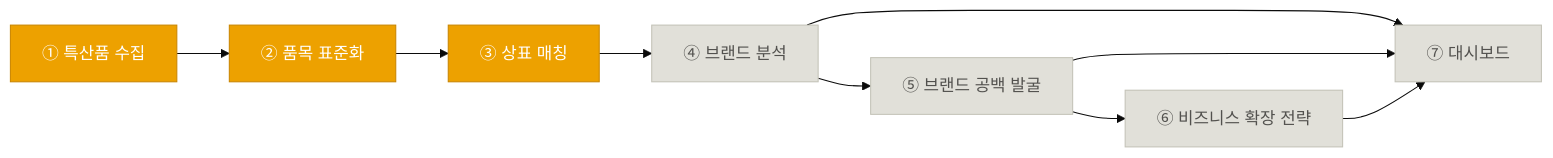
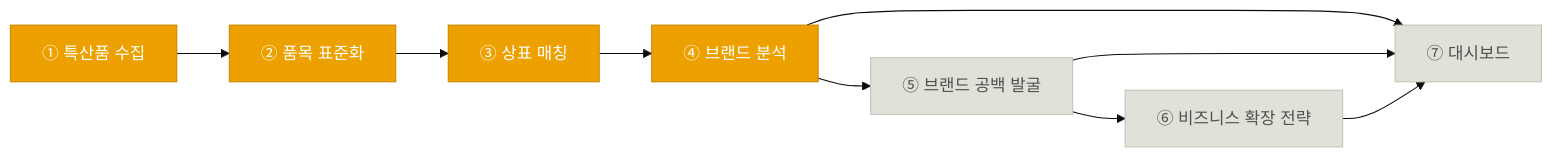
The diagram in README.md (omelette-archive/KIIP), drawn with Mermaid (base theme) before and after one commit. The commit also changed other lines of this file and 7 other files, not shown here.

````diff
--- a/README.md
+++ b/README.md
@@ -9,22 +9,22 @@
 ```mermaid
 flowchart LR
     P1["① 특산품 수집"] --> P2["② 품목 표준화"]
     P2 --> P3["③ 상표 매칭"]
     P3 --> P4["④ 브랜드 분석"]
     P4 --> P5["⑤ 브랜드 공백 발굴"]
     P5 --> P6["⑥ 비즈니스 확장 전략"]
     P4 --> P7["⑦ 대시보드"]
     P5 --> P7
     P6 --> P7
 
     classDef done fill:#1baf7a,stroke:#199e70,color:#fff
     classDef partial fill:#eda100,stroke:#c98500,color:#fff
     classDef todo fill:#e1e0d9,stroke:#c3c2b7,color:#52514e
     class P1 partial
     class P2 partial
     class P3 partial
-    class P4 todo
+    class P4 partial
     class P5 todo
     class P6 todo
     class P7 todo
 ```
````
